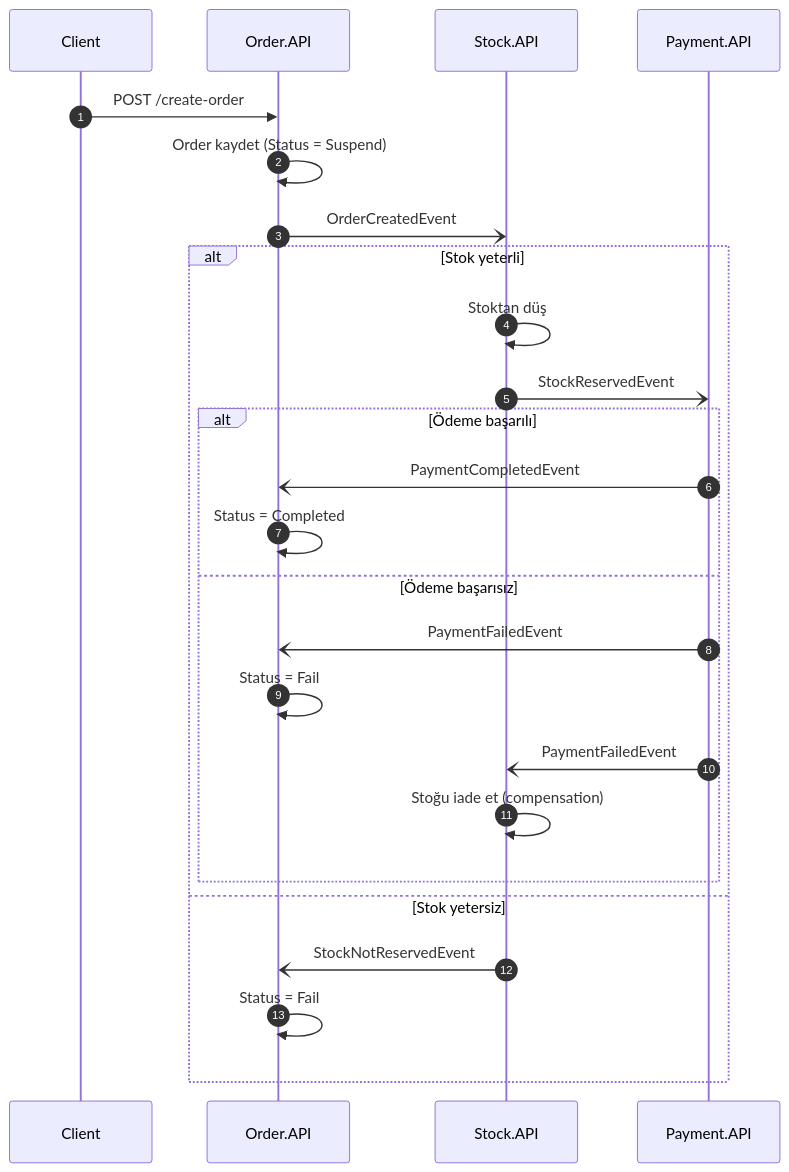
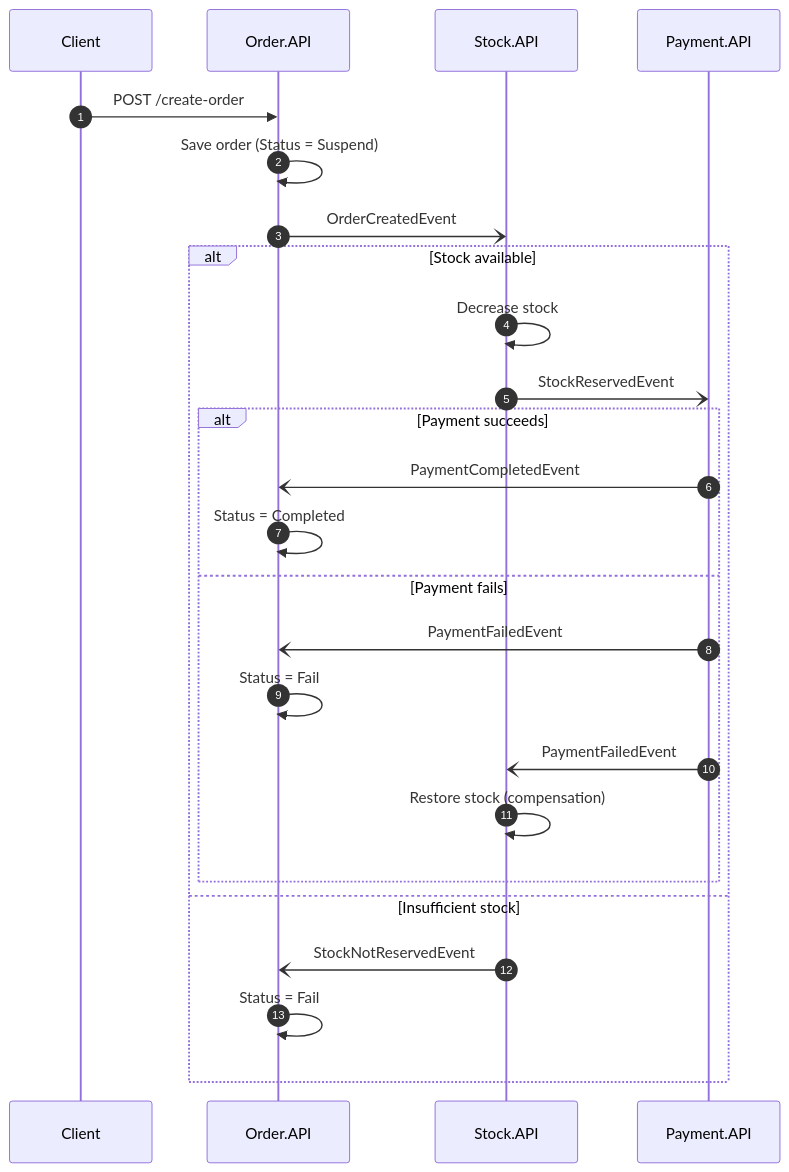
The diagram in README.md (yilmazemre7/Microservice.Saga.Choreography), drawn with Mermaid before and after one commit. The commit also changed other lines of this file, not shown here.

````diff
--- a/README.md
+++ b/README.md
@@ -20,29 +20,29 @@
 ```mermaid
 sequenceDiagram
     autonumber
     participant C as Client
     participant O as Order.API
     participant S as Stock.API
     participant P as Payment.API
 
     C->>O: POST /create-order
-    O->>O: Order kaydet (Status = Suspend)
+    O->>O: Save order (Status = Suspend)
     O-)S: OrderCreatedEvent
 
-    alt Stok yeterli
-        S->>S: Stoktan düş
+    alt Stock available
+        S->>S: Decrease stock
         S-)P: StockReservedEvent
-        alt Ödeme başarılı
+        alt Payment succeeds
             P-)O: PaymentCompletedEvent
             O->>O: Status = Completed
-        else Ödeme başarısız
+        else Payment fails
             P-)O: PaymentFailedEvent
             O->>O: Status = Fail
             P-)S: PaymentFailedEvent
-            S->>S: Stoğu iade et (compensation)
+            S->>S: Restore stock (compensation)
         end
-    else Stok yetersiz
+    else Insufficient stock
         S-)O: StockNotReservedEvent
         O->>O: Status = Fail
     end
 ```
````
